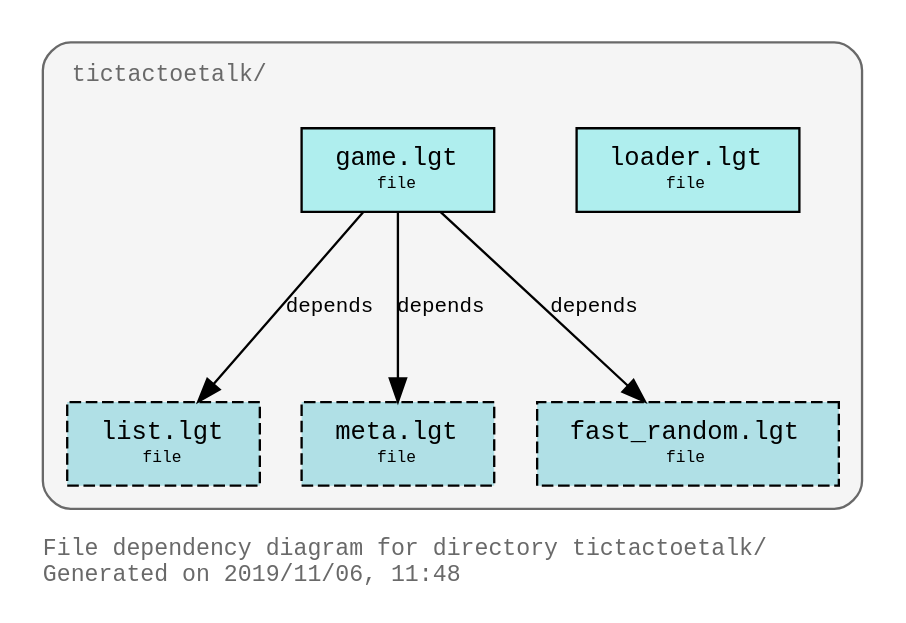
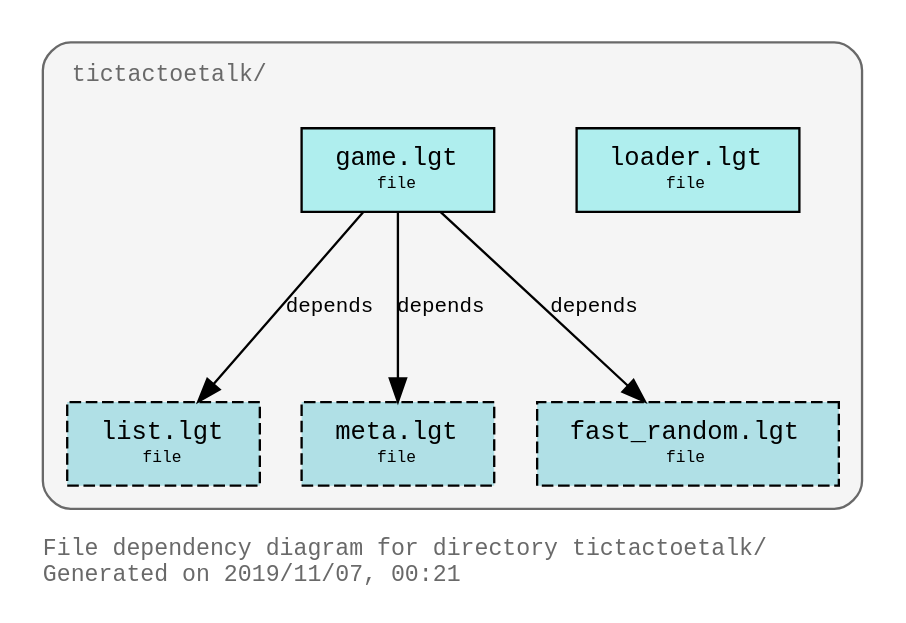
One commit to PaulBrownMagic/TicTacToeTalk changed the diagram in design/tictactoetalk_file_dependency_diagram.dot. Above: the diagram before and after it, drawn with Graphviz. The commit also changed 15 other files, not shown here.

Commit message:
Updated graphviz diagrams

```diff
--- a/design/tictactoetalk_file_dependency_diagram.dot
+++ b/design/tictactoetalk_file_dependency_diagram.dot
@@ -1,34 +1,34 @@
 digraph "tictactoetalk" {
 rankdir="TB"
 ranksep="1.0"
 compound="true"
 splines="true"
 pack="true"
 clusterrank="local"
 labeljust="l"
 margin="1.0"
 fontname="Courier"
 fontsize="10"
 fontcolor="dimgray"
 pencolor="dimgray"
 node [shape="ellipse",style="filled",fillcolor="white",fontname="Courier",fontsize="9"]
 edge [fontname="Courier",fontsize="9"]
-label="File dependency diagram for directory tictactoetalk/\lGenerated on 2019/11/06, 11:48\l"
+label="File dependency diagram for directory tictactoetalk/\lGenerated on 2019/11/07, 00:21\l"
 
 subgraph "cluster_directory_tictactoetalk" {
 bgcolor="whitesmoke"
 style="rounded"
 margin="10"
 label=<<TABLE border="0" cellborder="0"><TR><TD tooltip="tictactoetalk/">tictactoetalk/</TD></TR></TABLE>>
 tooltip="tictactoetalk/"
 "/home/paul/Development/tictactoetalk/loader.lgt" [shape="box",tooltip="tictactoetalk/loader.lgt",style="filled",fillcolor="paleturquoise",label=<<TABLE border="0" cellborder="0" cellspacing="0" cellpadding="0"><TR><TD> </TD><TD><FONT POINT-SIZE="11">loader.lgt</FONT></TD><TD> </TD></TR><TR><TD> </TD><TD><FONT POINT-SIZE="7">file</FONT></TD><TD> </TD></TR></TABLE>>]
 "/home/paul/Development/tictactoetalk/game.lgt" [shape="box",tooltip="tictactoetalk/game.lgt",style="filled",fillcolor="paleturquoise",label=<<TABLE border="0" cellborder="0" cellspacing="0" cellpadding="0"><TR><TD> </TD><TD><FONT POINT-SIZE="11">game.lgt</FONT></TD><TD> </TD></TR><TR><TD> </TD><TD><FONT POINT-SIZE="7">file</FONT></TD><TD> </TD></TR></TABLE>>]
 "/home/paul/logtalk/library/types/list.lgt" [shape="box",tooltip="logtalk/library/types/list.lgt",style="filled,dashed",fillcolor="powderblue",label=<<TABLE border="0" cellborder="0" cellspacing="0" cellpadding="0"><TR><TD> </TD><TD><FONT POINT-SIZE="11">list.lgt</FONT></TD><TD> </TD></TR><TR><TD> </TD><TD><FONT POINT-SIZE="7">file</FONT></TD><TD> </TD></TR></TABLE>>]
 "/home/paul/logtalk/library/meta/meta.lgt" [shape="box",tooltip="logtalk/library/meta/meta.lgt",style="filled,dashed",fillcolor="powderblue",label=<<TABLE border="0" cellborder="0" cellspacing="0" cellpadding="0"><TR><TD> </TD><TD><FONT POINT-SIZE="11">meta.lgt</FONT></TD><TD> </TD></TR><TR><TD> </TD><TD><FONT POINT-SIZE="7">file</FONT></TD><TD> </TD></TR></TABLE>>]
 "/home/paul/logtalk/library/random/fast_random.lgt" [shape="box",tooltip="logtalk/library/random/fast_random.lgt",style="filled,dashed",fillcolor="powderblue",label=<<TABLE border="0" cellborder="0" cellspacing="0" cellpadding="0"><TR><TD> </TD><TD><FONT POINT-SIZE="11">fast_random.lgt</FONT></TD><TD> </TD></TR><TR><TD> </TD><TD><FONT POINT-SIZE="7">file</FONT></TD><TD> </TD></TR></TABLE>>]
 "/home/paul/Development/tictactoetalk/game.lgt" -> "/home/paul/logtalk/library/types/list.lgt" [arrowhead="normal",labeltooltip="depends",label=<depends>]
 "/home/paul/Development/tictactoetalk/game.lgt" -> "/home/paul/logtalk/library/meta/meta.lgt" [arrowhead="normal",labeltooltip="depends",label=<depends>]
 "/home/paul/Development/tictactoetalk/game.lgt" -> "/home/paul/logtalk/library/random/fast_random.lgt" [arrowhead="normal",labeltooltip="depends",label=<depends>]
 }
 
 }
```
